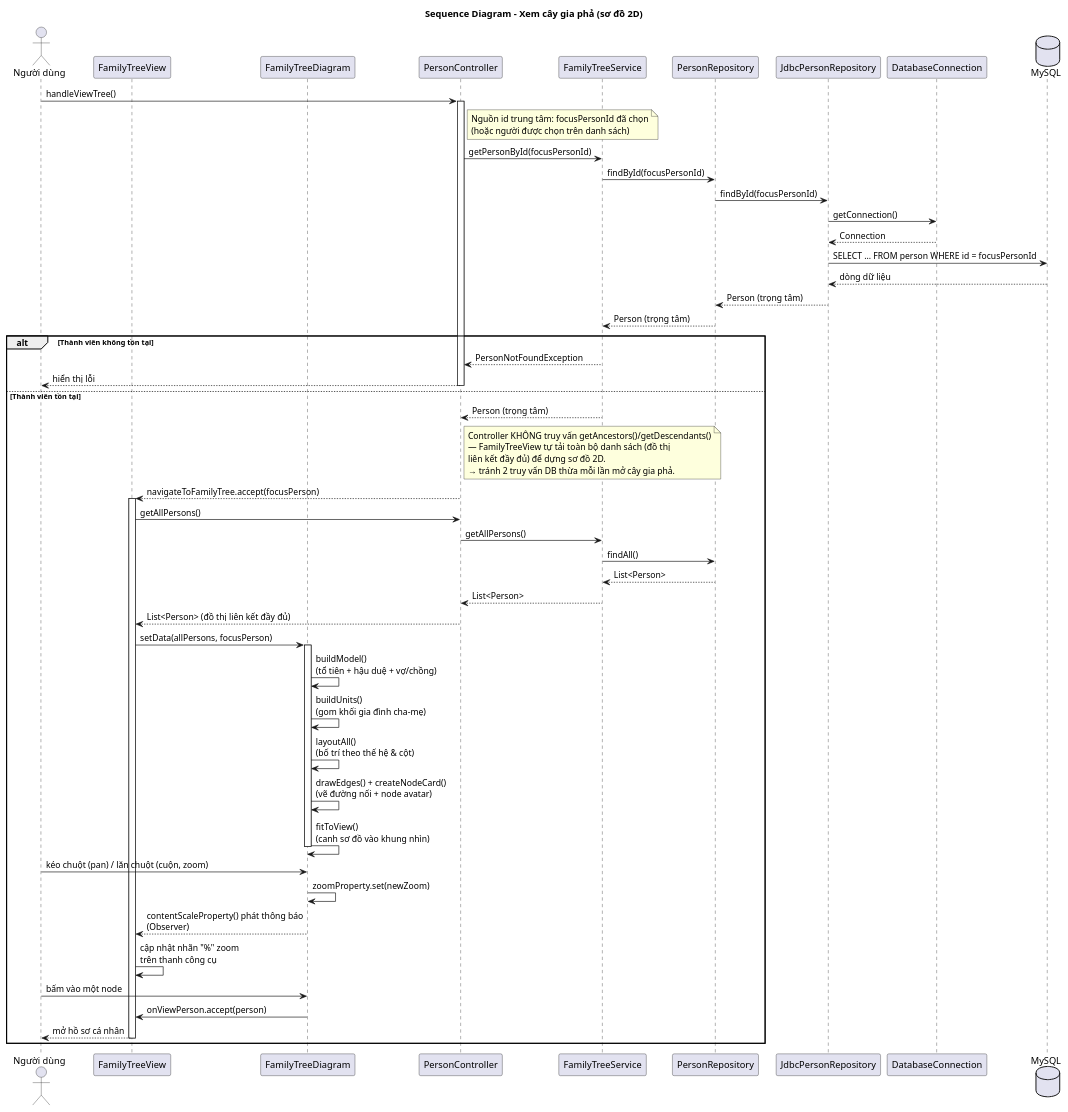
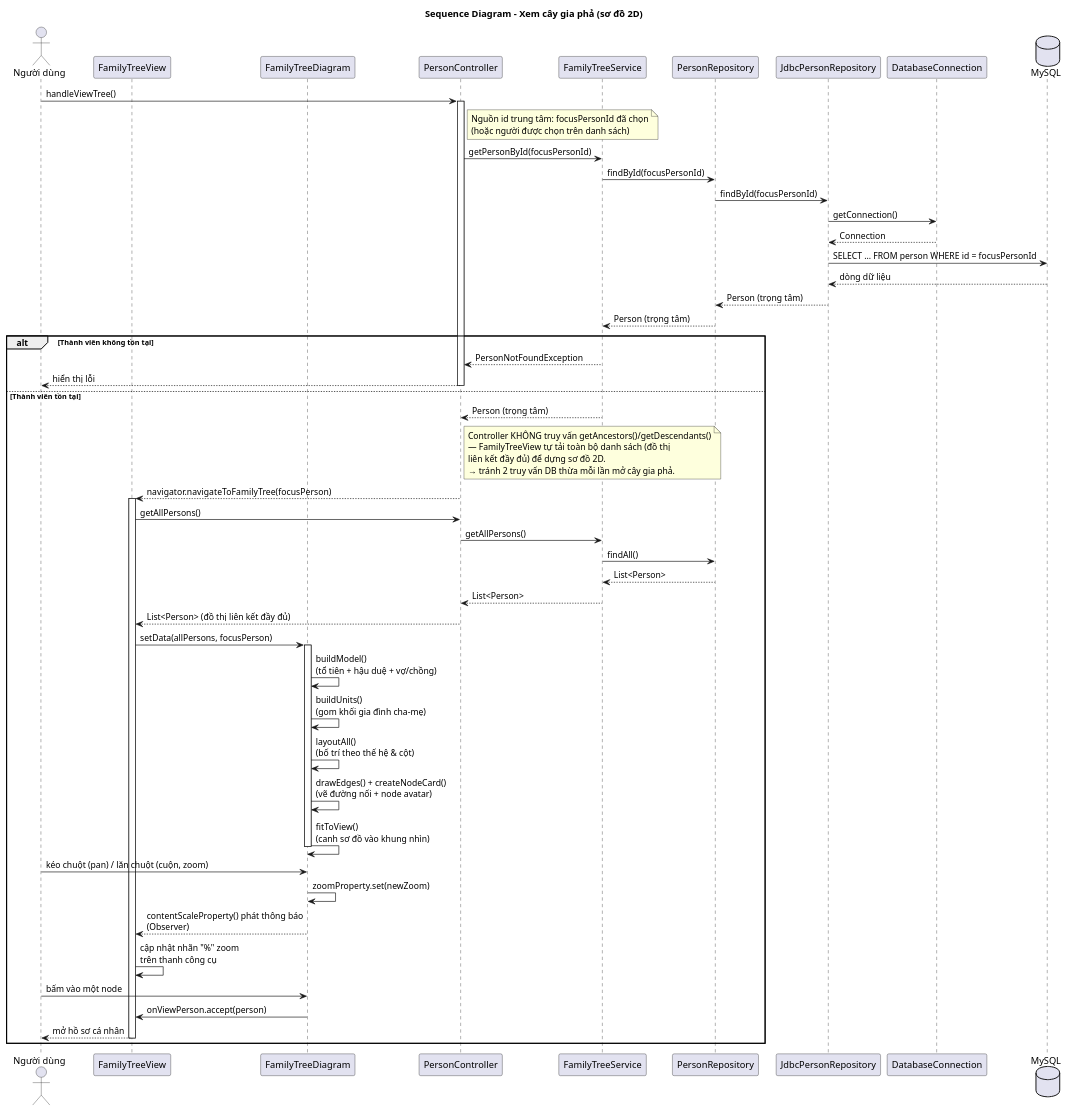
One commit to minhchien170704/do-an-gia-pha changed the diagram in docs/uml/sequence-family-tree.puml. Above: the diagram before and after it, drawn with PlantUML. The commit also changed 20 other files, not shown here.

Commit message:
refactor(controller): decouple PersonController from concrete views

```diff
--- a/docs/uml/sequence-family-tree.puml
+++ b/docs/uml/sequence-family-tree.puml
@@ -1,78 +1,78 @@
 @startuml sequence-family-tree
 
 title Sequence Diagram - Xem cây gia phả (sơ đồ 2D)
 
 actor "Người dùng" as User
 participant "FamilyTreeView" as TreeView
 participant "FamilyTreeDiagram" as Diagram
 participant "PersonController" as Controller
 participant "FamilyTreeService" as Service
 participant "PersonRepository" as Repo
 participant "JdbcPersonRepository" as JdbcRepo
 participant "DatabaseConnection" as DBConn
 database "MySQL" as DB
 
 User -> Controller : handleViewTree()
 activate Controller
 
 note right of Controller
   Nguồn id trung tâm: focusPersonId đã chọn
   (hoặc người được chọn trên danh sách)
 end note
 
 Controller -> Service : getPersonById(focusPersonId)
 Service -> Repo : findById(focusPersonId)
 Repo -> JdbcRepo : findById(focusPersonId)
 JdbcRepo -> DBConn : getConnection()
 DBConn --> JdbcRepo : Connection
 JdbcRepo -> DB : SELECT ... FROM person WHERE id = focusPersonId
 DB --> JdbcRepo : dòng dữ liệu
 JdbcRepo --> Repo : Person (trọng tâm)
 Repo --> Service : Person (trọng tâm)
 
 alt Thành viên không tồn tại
     Service --> Controller : PersonNotFoundException
     Controller --> User : hiển thị lỗi
     deactivate Controller
 else Thành viên tồn tại
     Service --> Controller : Person (trọng tâm)
 
     note right of Controller
       Controller KHÔNG truy vấn getAncestors()/getDescendants()
       — FamilyTreeView tự tải toàn bộ danh sách (đồ thị
       liên kết đầy đủ) để dựng sơ đồ 2D.
       → tránh 2 truy vấn DB thừa mỗi lần mở cây gia phả.
     end note
 
-    Controller --> TreeView : navigateToFamilyTree.accept(focusPerson)
+    Controller --> TreeView : navigator.navigateToFamilyTree(focusPerson)
     deactivate Controller
 
     activate TreeView
     TreeView -> Controller : getAllPersons()
     Controller -> Service : getAllPersons()
     Service -> Repo : findAll()
     Repo --> Service : List<Person>
     Service --> Controller : List<Person>
     Controller --> TreeView : List<Person> (đồ thị liên kết đầy đủ)
 
     TreeView -> Diagram : setData(allPersons, focusPerson)
     activate Diagram
     Diagram -> Diagram : buildModel()\n(tổ tiên + hậu duệ + vợ/chồng)
     Diagram -> Diagram : buildUnits()\n(gom khối gia đình cha–mẹ)
     Diagram -> Diagram : layoutAll()\n(bố trí theo thế hệ & cột)
     Diagram -> Diagram : drawEdges() + createNodeCard()\n(vẽ đường nối + node avatar)
     Diagram -> Diagram : fitToView()\n(canh sơ đồ vào khung nhìn)
     deactivate Diagram
 
     User -> Diagram : kéo chuột (pan) / lăn chuột (cuộn, zoom)
     Diagram -> Diagram : zoomProperty.set(newZoom)
     Diagram --> TreeView : contentScaleProperty() phát thông báo\n(Observer)
     TreeView -> TreeView : cập nhật nhãn "%" zoom\ntrên thanh công cụ
 
     User -> Diagram : bấm vào một node
     Diagram -> TreeView : onViewPerson.accept(person)
     TreeView --> User : mở hồ sơ cá nhân
     deactivate TreeView
 end
 
 @enduml
```
